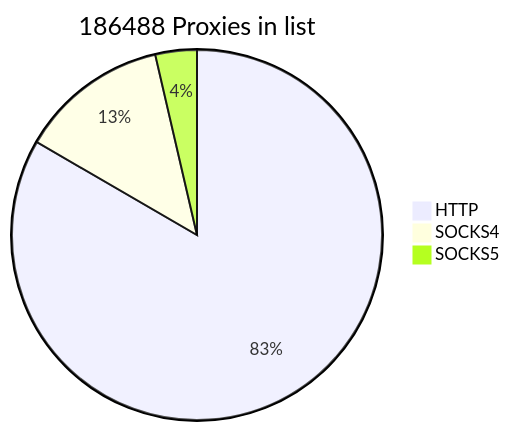
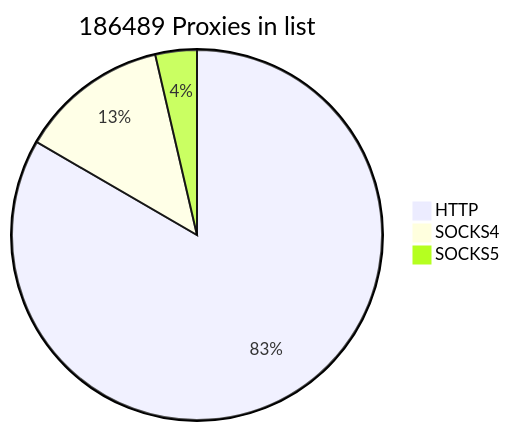
One commit to cutipu/proxylist changed the first of 2 diagrams in README.md. Above: the diagram before and after it, drawn with Mermaid. The commit also changed other lines of this file, not shown here.

````diff
--- a/README.md
+++ b/README.md
@@ -2,7 +2,7 @@
 ```mermaid
-pie title 186488 Proxies in list
+pie title 186489 Proxies in list
     "HTTP" : 155460
-    "SOCKS4" : 24269
+    "SOCKS4" : 24270
     "SOCKS5" : 6759
             
 ```
````
